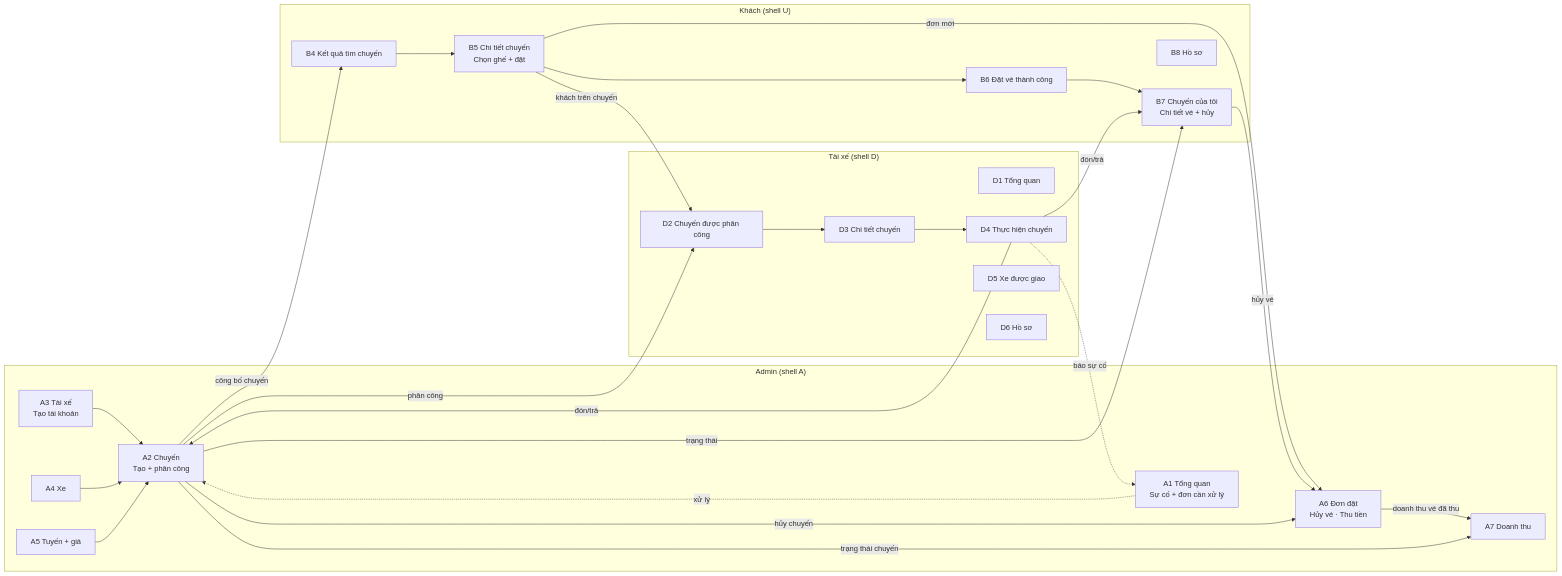
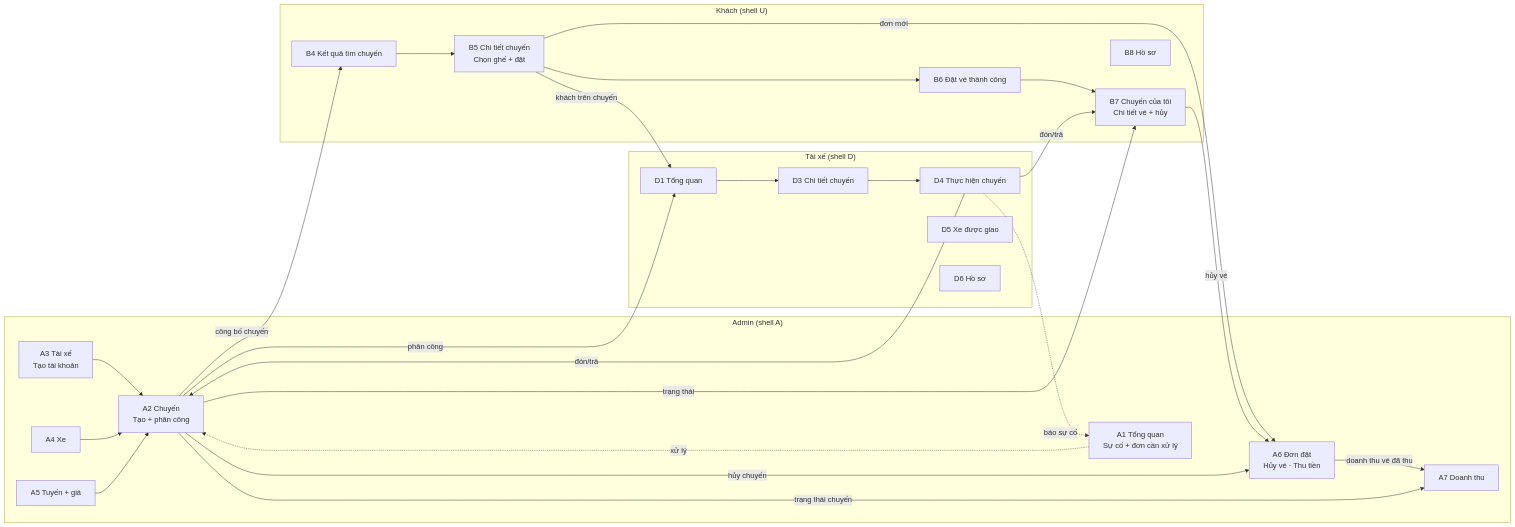
Before and after one commit to helloworld-cmyk/design: the first of 4 diagrams in .agents/plans/flow.md, drawn with Mermaid. The commit also changed other lines of this file and 104 other files, not shown here.

````diff
--- a/.agents/plans/flow.md
+++ b/.agents/plans/flow.md
@@ -75,46 +75,45 @@
 ```mermaid
 flowchart LR
     subgraph AD["Admin (shell A)"]
         A3["A3 Tài xế<br/>Tạo tài khoản"]
         A4["A4 Xe"]
         A5["A5 Tuyến + giá"]
         A2["A2 Chuyến<br/>Tạo + phân công"]
         A6["A6 Đơn đặt<br/>Hủy vé · Thu tiền"]
         A7["A7 Doanh thu"]
         A1["A1 Tổng quan<br/>Sự cố + đơn cần xử lý"]
     end
     subgraph KH["Khách (shell U)"]
         B4["B4 Kết quả tìm chuyến"]
         B5["B5 Chi tiết chuyến<br/>Chọn ghế + đặt"]
         B6["B6 Đặt vé thành công"]
         B7["B7 Chuyến của tôi<br/>Chi tiết vé + hủy"]
         B8["B8 Hồ sơ"]
     end
     subgraph TX["Tài xế (shell D)"]
         D1["D1 Tổng quan"]
-        D2["D2 Chuyến được phân công"]
         D3["D3 Chi tiết chuyến"]
         D4["D4 Thực hiện chuyến"]
         D5["D5 Xe được giao"]
         D6["D6 Hồ sơ"]
     end
 
     A3 --> A2
     A4 --> A2
     A5 --> A2
     A2 -- "công bố chuyến" --> B4
     B4 --> B5 --> B6 --> B7
     B5 -- "đơn mới" --> A6
-    B5 -- "khách trên chuyến" --> D2
-    A2 -- "phân công" --> D2
+    B5 -- "khách trên chuyến" --> D1
+    A2 -- "phân công" --> D1
     A2 -- "trạng thái" --> B7
-    D2 --> D3 --> D4
+    D1 --> D3 --> D4
     D4 -- "đón/trả" --> B7
     D4 -- "đón/trả" --> A2
     D4 -. "báo sự cố" .-> A1
     A1 -. "xử lý" .-> A2
     B7 -- "hủy vé" --> A6
     A2 -- "hủy chuyến" --> A6
     A6 -- "doanh thu vé đã thu" --> A7
     A2 -- "trạng thái chuyến" --> A7
 ```
````
